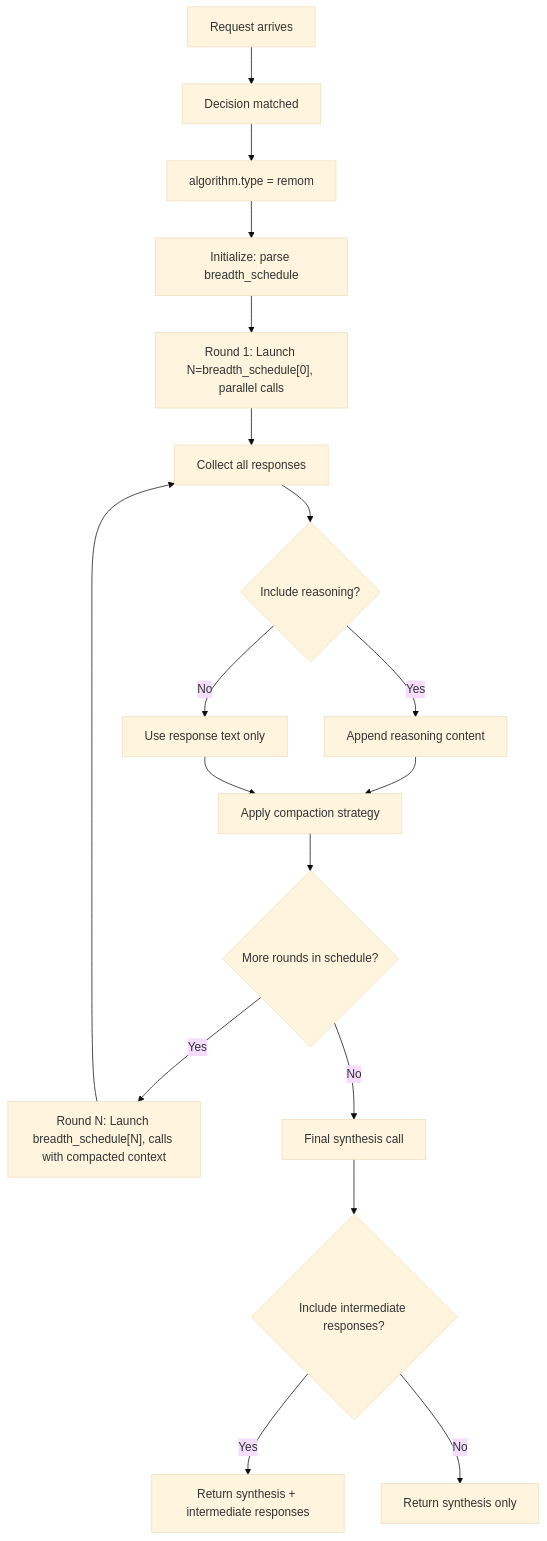
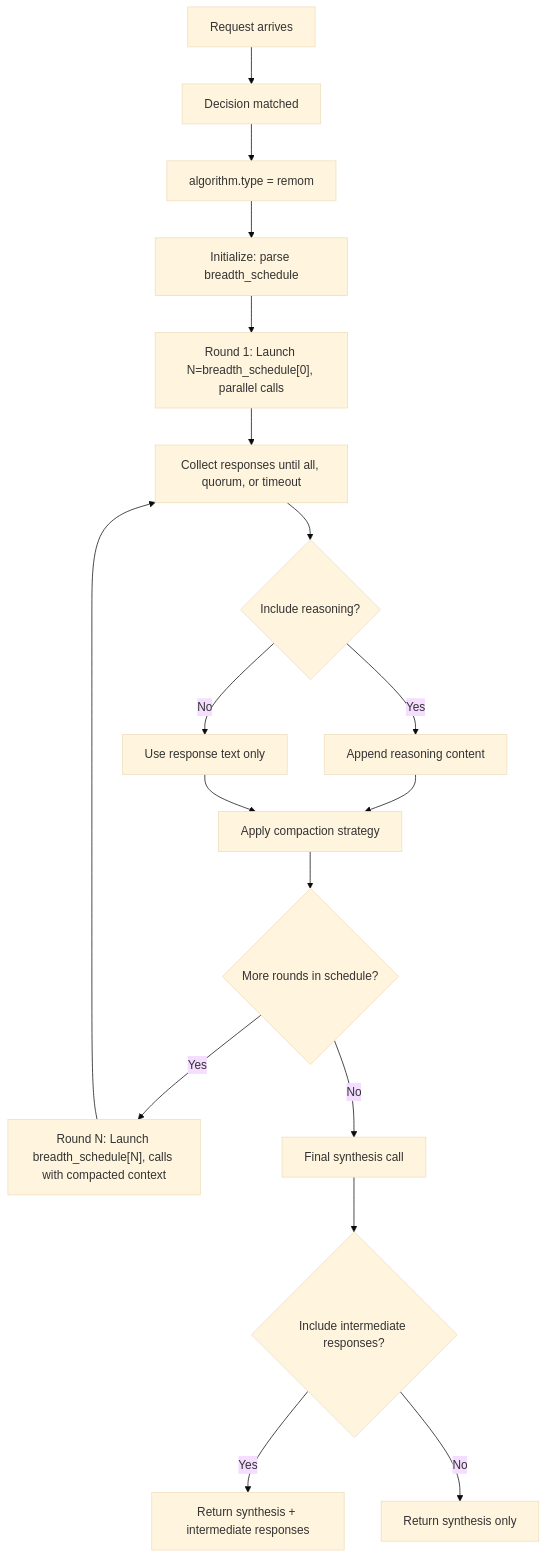
Before and after one commit to vllm-project/semantic-router: the diagram in website/docs/tutorials/algorithm/looper/remom.md, drawn with Mermaid (base theme). The commit also changed other lines of this file and 154 other files, not shown here.

First line of the commit message:
Add router flow workflows and eval recipes (#2282)

````diff
--- a/website/docs/tutorials/algorithm/looper/remom.md
+++ b/website/docs/tutorials/algorithm/looper/remom.md
@@ -32,20 +38,20 @@
 ```mermaid
 flowchart TD
     A[Request arrives] --> B[Decision matched]
     B --> C[algorithm.type = remom]
     C --> D[Initialize: parse breadth_schedule]
     D --> E["Round 1: Launch N=breadth_schedule[0], parallel calls"]
-    E --> F[Collect all responses]
+    E --> F[Collect responses until all, quorum, or timeout]
     F --> G{Include reasoning?}
     G -- Yes --> H[Append reasoning content]
     G -- No --> I[Use response text only]
     H --> J[Apply compaction strategy]
     I --> J
     J --> K{More rounds in schedule?}
     K -- Yes --> L["Round N: Launch breadth_schedule[N], calls with compacted context"]
     L --> F
     K -- No --> M[Final synthesis call]
     M --> N{Include intermediate responses?}
     N -- Yes --> O[Return synthesis + intermediate responses]
     N -- No --> P[Return synthesis only]
 ```
````
